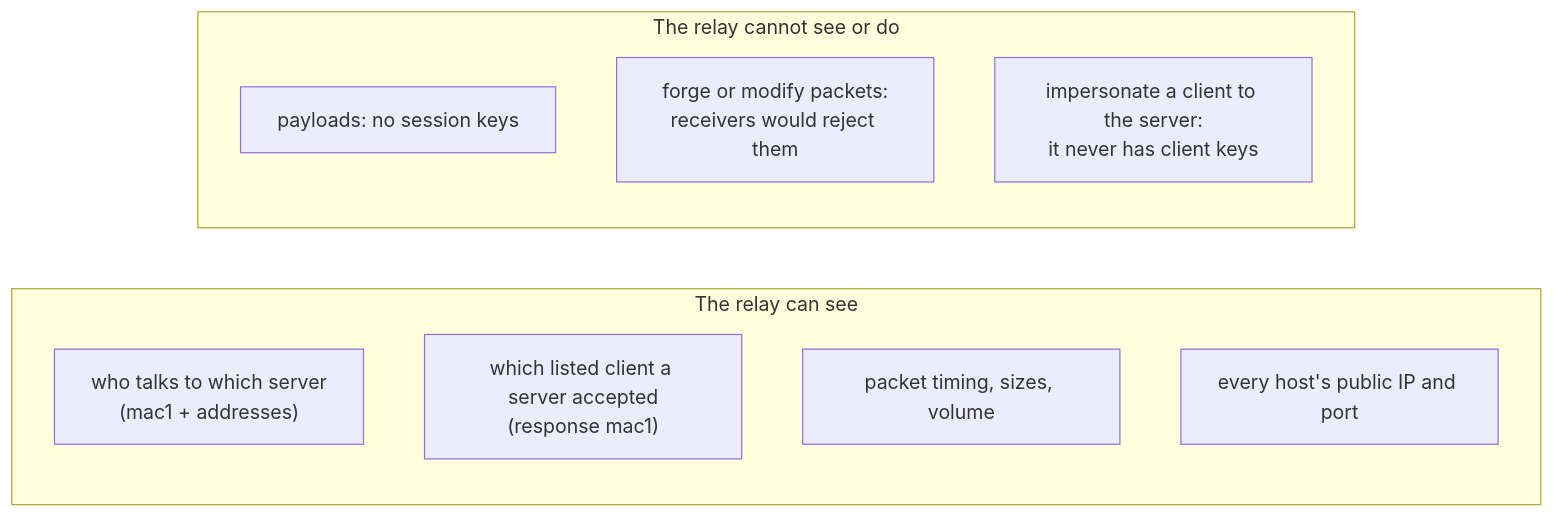
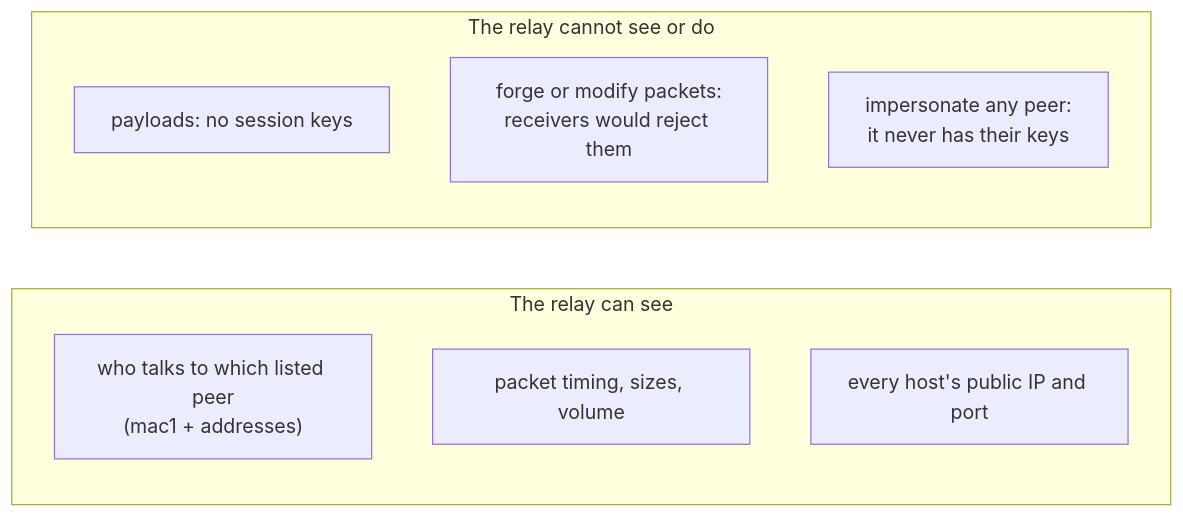
Diagram 20 of 22 in docs/how-it-works.md (3alpha/wg-relay), drawn with Mermaid before and after one commit. The commit also changed other lines of this file and 16 other files, not shown here.

````diff
--- a/docs/how-it-works.md
+++ b/docs/how-it-works.md
@@ -609,14 +600,13 @@
 ```mermaid
 flowchart LR
     subgraph visible["The relay can see"]
-        V1["who talks to which server<br/>(mac1 + addresses)"]
-        V2["which listed client a server accepted<br/>(response mac1)"]
+        V1["who talks to which listed peer<br/>(mac1 + addresses)"]
         V3["packet timing, sizes, volume"]
         V4["every host's public IP and port"]
     end
     subgraph hidden["The relay cannot see or do"]
         H1["payloads: no session keys"]
         H2["forge or modify packets:<br/>receivers would reject them"]
-        H3["impersonate a client to the server:<br/>it never has client keys"]
+        H3["impersonate any peer:<br/>it never has their keys"]
     end
 ```
````
